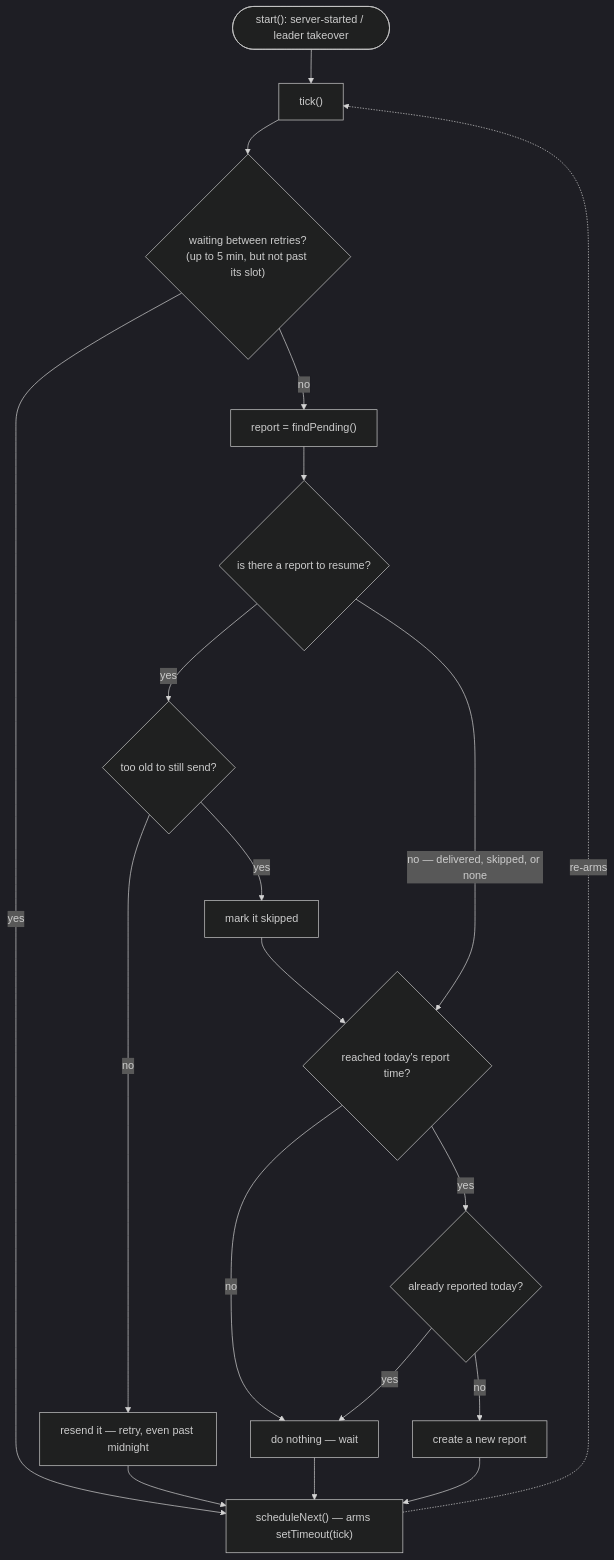
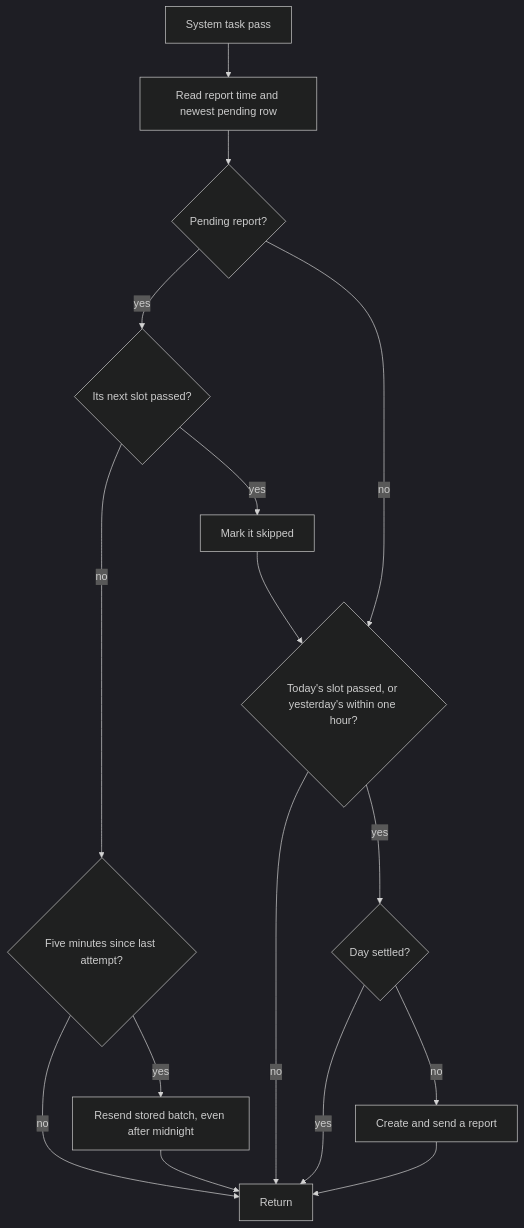
Before and after one commit to sreent/n8n: the first of 2 diagrams in packages/cli/src/modules/instance-reporting.ee/RETRIES.md, drawn with Mermaid (dark theme). The commit also changed other lines of this file and 3224 other files, not shown here.

````diff
--- a/packages/cli/src/modules/instance-reporting.ee/RETRIES.md
+++ b/packages/cli/src/modules/instance-reporting.ee/RETRIES.md
@@ -23,20 +28,17 @@
 ```mermaid
 flowchart TD
-    S(["start(): server-started / leader takeover"]) --> T
-    T["tick()"] --> P{"waiting between retries?<br/>(up to 5 min, but not past its slot)"}
-    P -- yes --> ARM
-    P -- no --> L["report = findPending()"]
-    L --> Q1{"is there a report to resume?"}
-    Q1 -- yes --> Q1b{"too old to still send?"}
-    Q1b -- no --> R["resend it — retry, even past midnight"]
-    Q1b -- yes --> SK["mark it skipped"] --> Q2
-    Q1 -- "no — delivered, skipped, or none" --> Q2{"reached today's report time?"}
-    Q2 -- no --> N["do nothing — wait"]
-    Q2 -- yes --> Q3{"already reported today?"}
+    T["System task pass"] --> L["Read report time and newest pending row"]
+    L --> Q1{"Pending report?"}
+    Q1 -- yes --> Q1b{"Its next slot passed?"}
+    Q1b -- no --> P{"Five minutes since last attempt?"}
+    P -- no --> N["Return"]
+    P -- yes --> R["Resend stored batch, even after midnight"]
+    Q1b -- yes --> SK["Mark it skipped"] --> Q2
+    Q1 -- no --> Q2{"Today's slot passed, or yesterday's within one hour?"}
+    Q2 -- no --> N
+    Q2 -- yes --> Q3{"Day settled?"}
     Q3 -- yes --> N
-    Q3 -- no --> C["create a new report"]
-    R --> ARM
-    C --> ARM
-    N --> ARM
-    ARM["scheduleNext() — arms setTimeout(tick)"] -. re-arms .-> T
+    Q3 -- no --> C["Create and send a report"]
+    R --> N
+    C --> N
 ```
````
